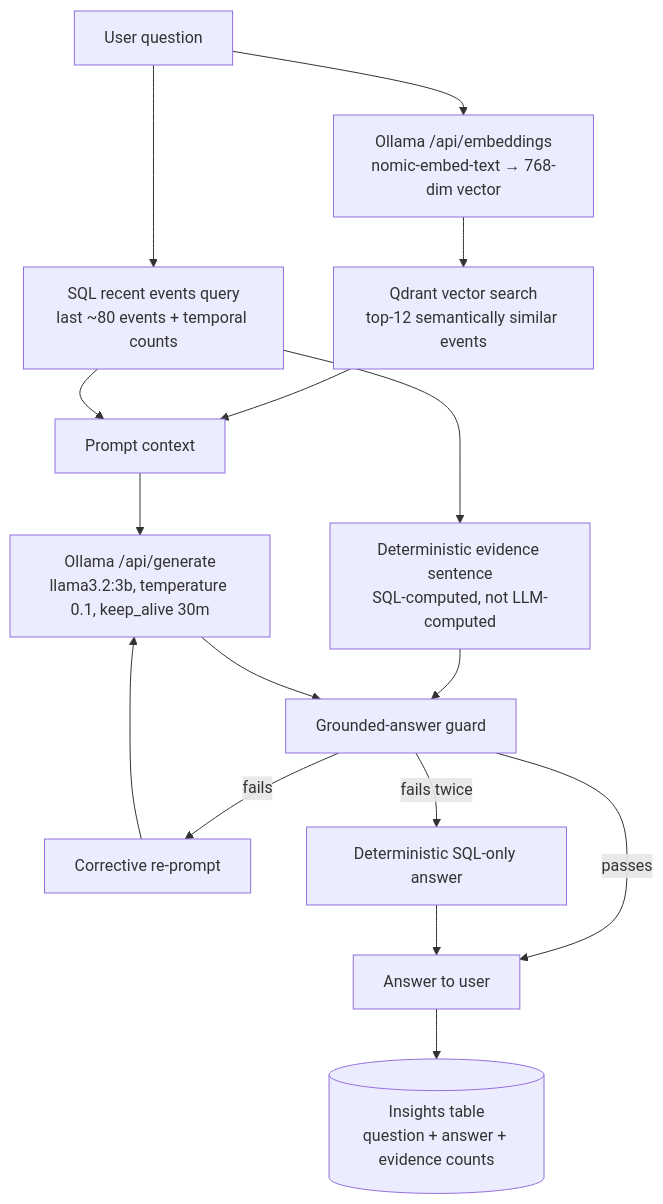
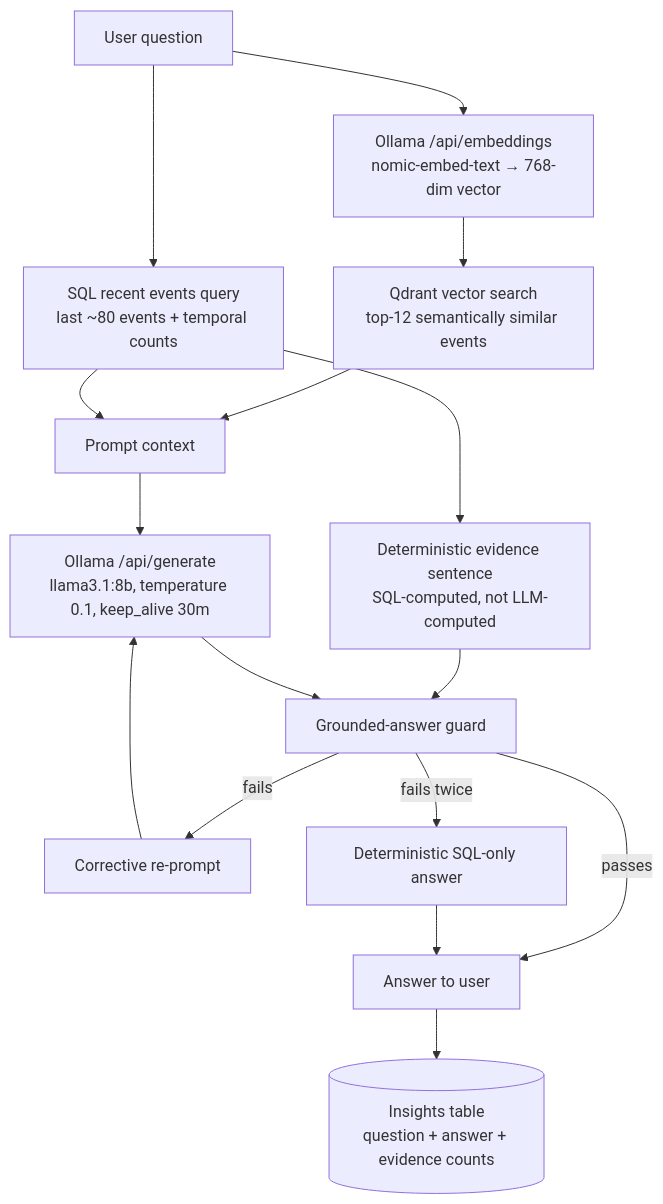
One commit to jeanhibbert/EventHubHost changed the second of 2 diagrams in README.md. Above: the diagram before and after it, drawn with Mermaid. The commit also changed other lines of this file and 16 other files, not shown here.

````diff
--- a/README.md
+++ b/README.md
@@ -84,22 +84,22 @@
 ```mermaid
 flowchart TB
     Q[User question] --> EMB["Ollama /api/embeddings<br/>nomic-embed-text → 768-dim vector"]
     EMB --> VS["Qdrant vector search<br/>top-12 semantically similar events"]
     Q --> SQLR["SQL recent events query<br/>last ~80 events + temporal counts"]
 
     VS --> CTX[Prompt context]
     SQLR --> CTX
     SQLR --> EVID["Deterministic evidence sentence<br/>SQL-computed, not LLM-computed"]
 
-    CTX --> GEN["Ollama /api/generate<br/>llama3.2:3b, temperature 0.1, keep_alive 30m"]
+    CTX --> GEN["Ollama /api/generate<br/>llama3.1:8b, temperature 0.1, keep_alive 30m"]
     EVID --> GUARD[Grounded-answer guard]
     GEN --> GUARD
 
     GUARD -- "passes" --> ANS[Answer to user]
     GUARD -- "fails" --> CORR[Corrective re-prompt]
     CORR --> GEN
     GUARD -- "fails twice" --> VER[Deterministic SQL-only answer]
     VER --> ANS
 
     ANS --> INS[("Insights table<br/>question + answer + evidence counts")]
 ```
````
